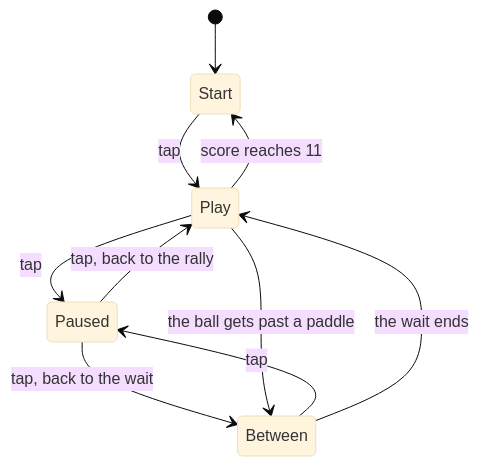
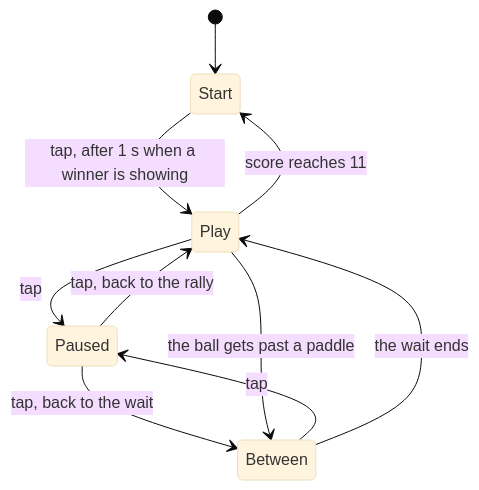
The second of 2 diagrams in README.md (hronkrobotics/pong-tft), drawn with Mermaid (base theme) before and after one commit. The commit also changed other lines of this file and 6 other files, not shown here.

Commit message:
Hold the winner screen for a second so a leftover tap does not skip the name, and point the collaborator note at aayanrahman.

````diff
--- a/README.md
+++ b/README.md
@@ -77,12 +77,12 @@
 ```mermaid
 stateDiagram-v2
     [*] --> Start
-    Start --> Play: tap
+    Start --> Play: tap, after 1 s when a winner is showing
     Play --> Paused: tap
     Between --> Paused: tap
     Paused --> Play: tap, back to the rally
     Paused --> Between: tap, back to the wait
     Play --> Between: the ball gets past a paddle
     Between --> Play: the wait ends
     Play --> Start: score reaches 11
 ```
````
